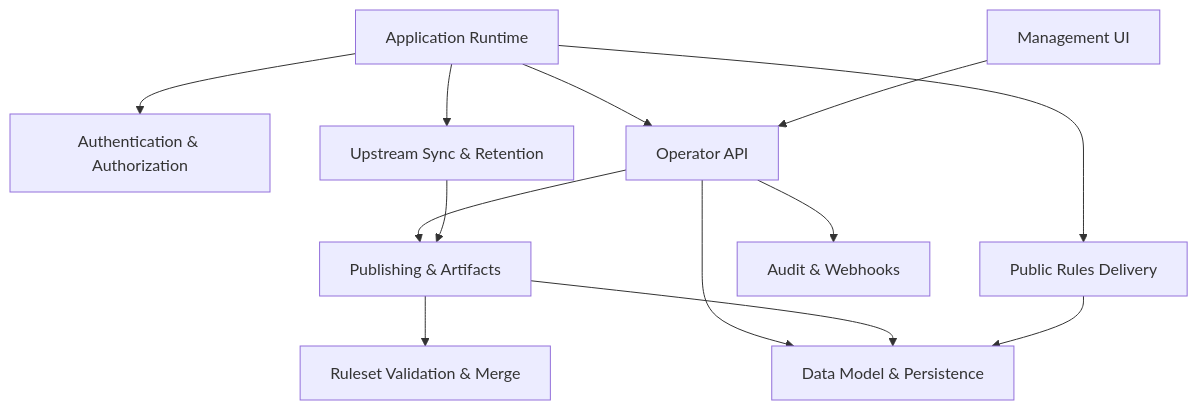
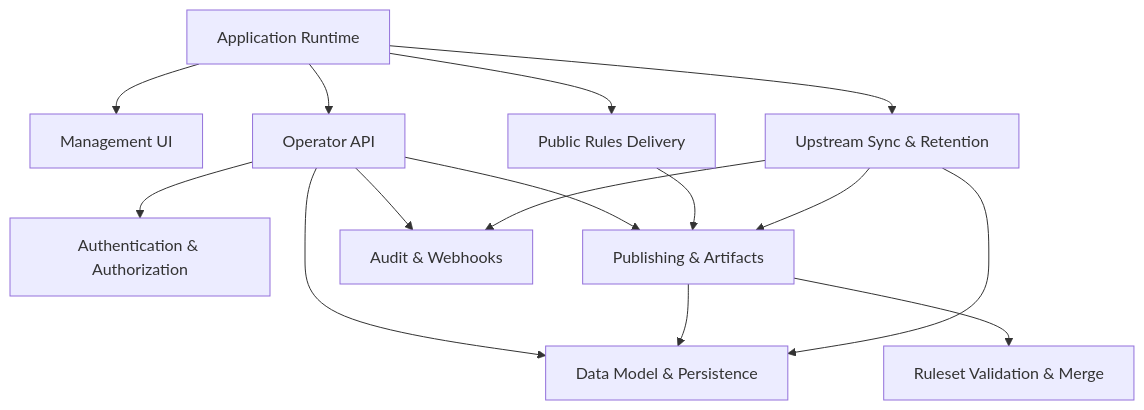
One commit to DailenG/CheckDeployManager changed the diagram in docs/wiki/README.md. Above: the diagram before and after it, drawn with Mermaid. The commit also changed other lines of this file and 21 other files, not shown here.

````diff
--- a/docs/wiki/README.md
+++ b/docs/wiki/README.md
@@ -16,17 +20,19 @@
 ```mermaid
 flowchart TD
-  Runtime[Application Runtime] --> Auth[Authentication & Authorization]
+  Runtime[Application Runtime] --> UI[Management UI]
   Runtime --> API[Operator API]
-  Runtime --> Public[Public Rules Delivery]
+  Runtime --> Rules[Public Rules Delivery]
   Runtime --> Sync[Upstream Sync & Retention]
 
-  UI[Management UI] --> API
+  API --> Auth[Authentication & Authorization]
   API --> Publish[Publishing & Artifacts]
+  API --> Audit[Audit & Webhooks]
   API --> Data[Data Model & Persistence]
-  API --> Audit[Audit & Webhooks]
 
-  Sync --> Publish
+  Rules --> Publish
   Publish --> Merge[Ruleset Validation & Merge]
   Publish --> Data
-  Public --> Data
+  Sync --> Publish
+  Sync --> Audit
+  Sync --> Data
 ```
````
